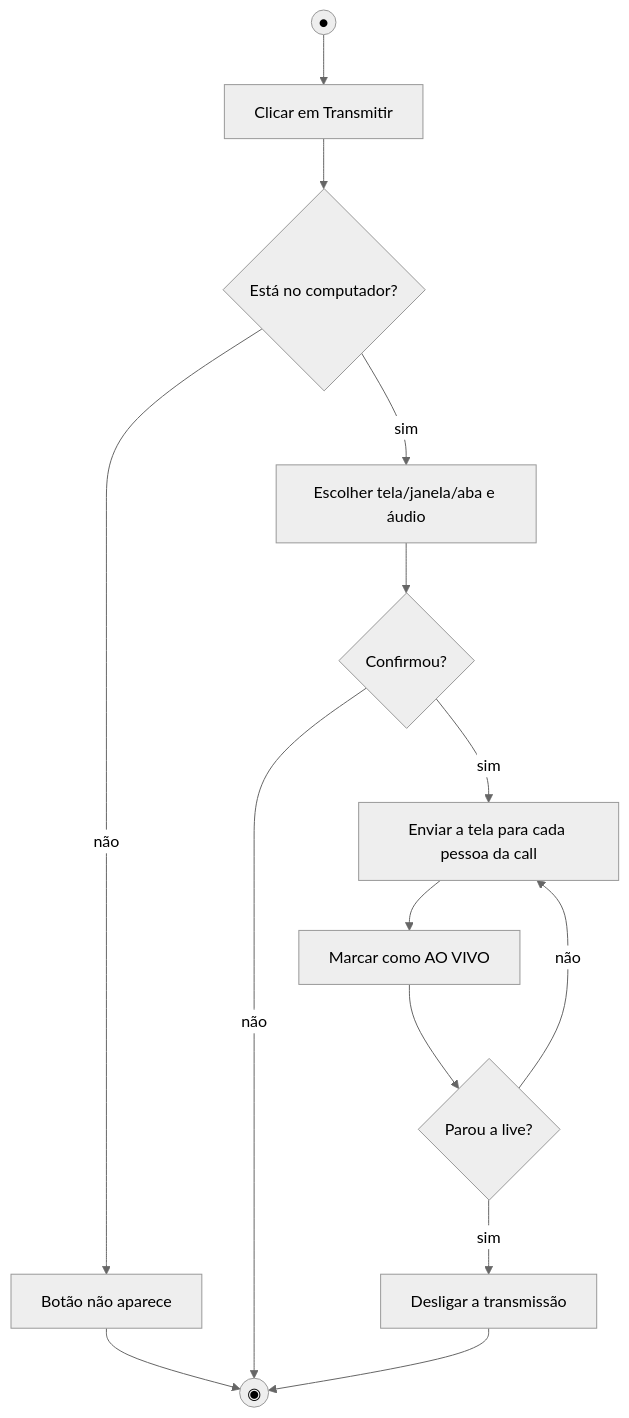
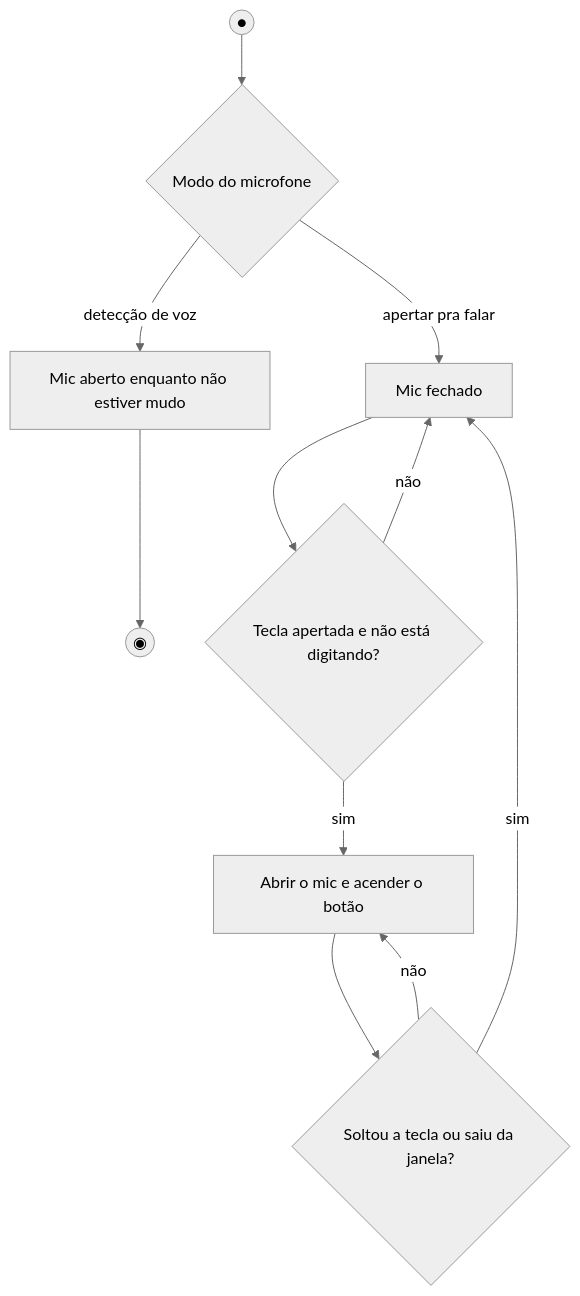
The fourth of 4 diagrams in docs/requisitos.md (davimj1/telaobr), drawn with Mermaid (neutral theme) before and after one commit. The commit also changed other lines of this file and 21 other files, not shown here.

````diff
--- a/docs/requisitos.md
+++ b/docs/requisitos.md
@@ -215,14 +336,12 @@
 ```mermaid
 flowchart TD
-  I((●)) --> A[Clicar em Transmitir]
-  A --> B{Está no computador?}
-  B -- não --> X[Botão não aparece] --> F((◉))
-  B -- sim --> C[Escolher tela/janela/aba e áudio]
-  C --> D{Confirmou?}
-  D -- não --> F
-  D -- sim --> E[Enviar a tela para cada pessoa da call]
-  E --> G[Marcar como AO VIVO]
-  G --> H{Parou a live?}
-  H -- sim --> J[Desligar a transmissão] --> F
-  H -- não --> E
+  I((●)) --> A{Modo do microfone}
+  A -- detecção de voz --> B[Mic aberto enquanto não estiver mudo] --> F((◉))
+  A -- apertar pra falar --> C[Mic fechado]
+  C --> D{Tecla apertada e não está digitando?}
+  D -- não --> C
+  D -- sim --> E[Abrir o mic e acender o botão]
+  E --> G{Soltou a tecla ou saiu da janela?}
+  G -- não --> E
+  G -- sim --> C
 ```
````
